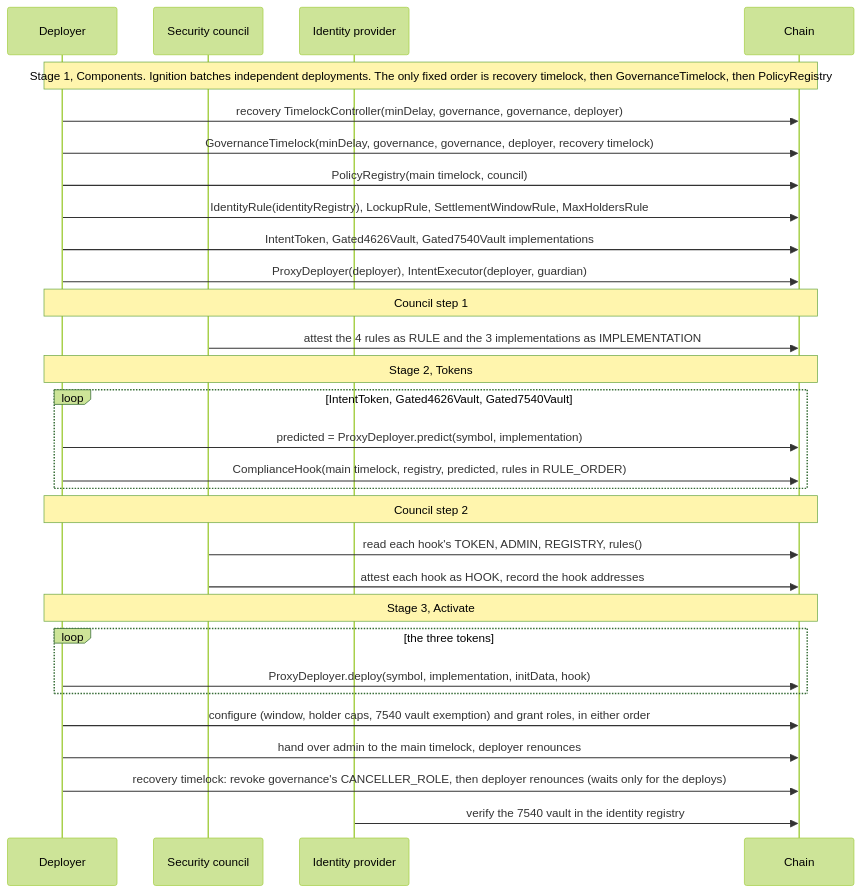
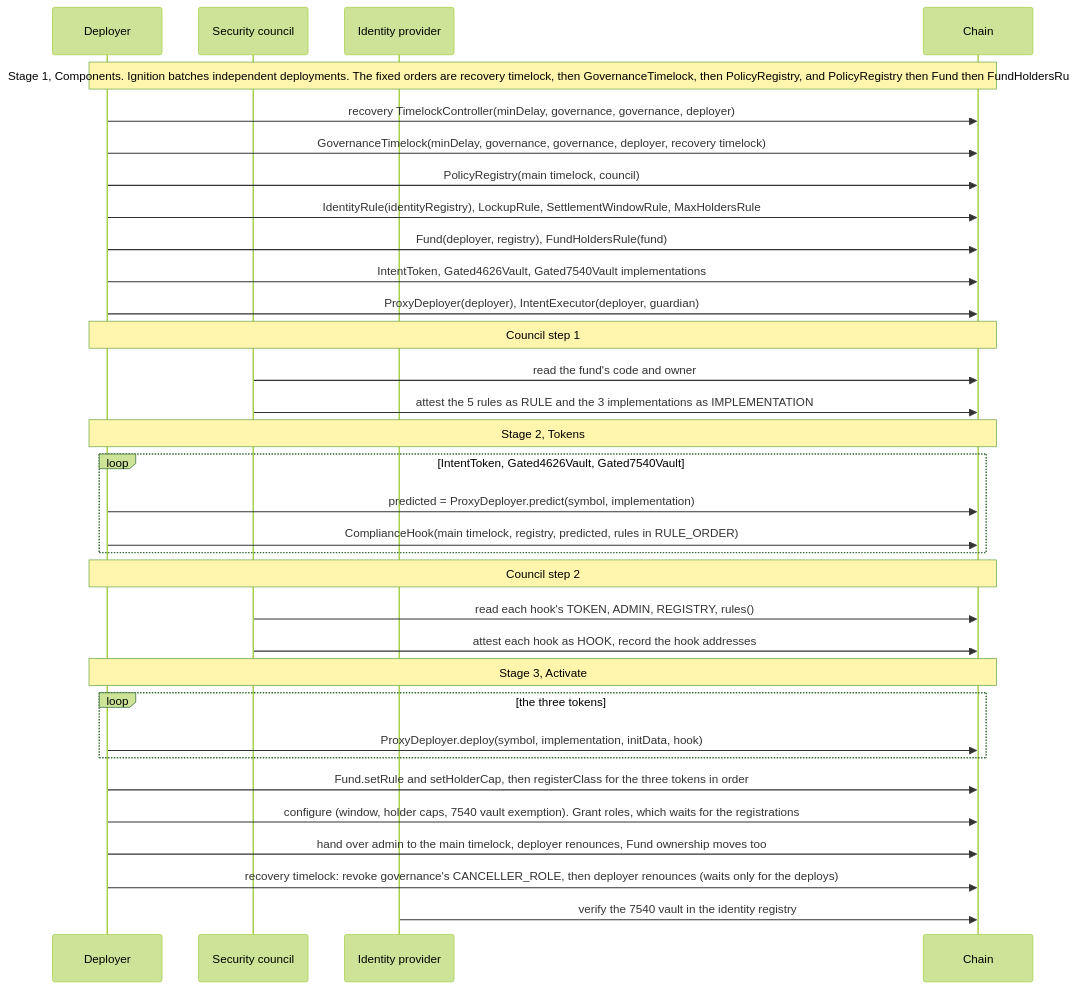
The fifth of 5 diagrams in docs/governance-and-deployment.md (fepvenancio/rwa-token), drawn with Mermaid (forest theme) before and after one commit. The commit also changed other lines of this file and 29 other files, not shown here.

````diff
--- a/docs/governance-and-deployment.md
+++ b/docs/governance-and-deployment.md
@@ -223,37 +241,40 @@
 ```mermaid
 sequenceDiagram
   participant D as Deployer
   participant Co as Security council
   participant IP as Identity provider
   participant Ch as Chain
 
-  Note over D,Ch: Stage 1, Components. Ignition batches independent deployments. The only fixed order is recovery timelock, then GovernanceTimelock, then PolicyRegistry
+  Note over D,Ch: Stage 1, Components. Ignition batches independent deployments. The fixed orders are recovery timelock, then GovernanceTimelock, then PolicyRegistry, and PolicyRegistry then Fund then FundHoldersRule
   D->>Ch: recovery TimelockController(minDelay, governance, governance, deployer)
   D->>Ch: GovernanceTimelock(minDelay, governance, governance, deployer, recovery timelock)
   D->>Ch: PolicyRegistry(main timelock, council)
   D->>Ch: IdentityRule(identityRegistry), LockupRule, SettlementWindowRule, MaxHoldersRule
+  D->>Ch: Fund(deployer, registry), FundHoldersRule(fund)
   D->>Ch: IntentToken, Gated4626Vault, Gated7540Vault implementations
   D->>Ch: ProxyDeployer(deployer), IntentExecutor(deployer, guardian)
 
   Note over D,Ch: Council step 1
-  Co->>Ch: attest the 4 rules as RULE and the 3 implementations as IMPLEMENTATION
+  Co->>Ch: read the fund's code and owner
+  Co->>Ch: attest the 5 rules as RULE and the 3 implementations as IMPLEMENTATION
 
   Note over D,Ch: Stage 2, Tokens
   loop IntentToken, Gated4626Vault, Gated7540Vault
     D->>Ch: predicted = ProxyDeployer.predict(symbol, implementation)
     D->>Ch: ComplianceHook(main timelock, registry, predicted, rules in RULE_ORDER)
   end
 
   Note over D,Ch: Council step 2
   Co->>Ch: read each hook's TOKEN, ADMIN, REGISTRY, rules()
   Co->>Ch: attest each hook as HOOK, record the hook addresses
 
   Note over D,Ch: Stage 3, Activate
   loop the three tokens
     D->>Ch: ProxyDeployer.deploy(symbol, implementation, initData, hook)
   end
-  D->>Ch: configure (window, holder caps, 7540 vault exemption) and grant roles, in either order
-  D->>Ch: hand over admin to the main timelock, deployer renounces
+  D->>Ch: Fund.setRule and setHolderCap, then registerClass for the three tokens in order
+  D->>Ch: configure (window, holder caps, 7540 vault exemption). Grant roles, which waits for the registrations
+  D->>Ch: hand over admin to the main timelock, deployer renounces, Fund ownership moves too
   D->>Ch: recovery timelock: revoke governance's CANCELLER_ROLE, then deployer renounces (waits only for the deploys)
   IP->>Ch: verify the 7540 vault in the identity registry
 ```
````
